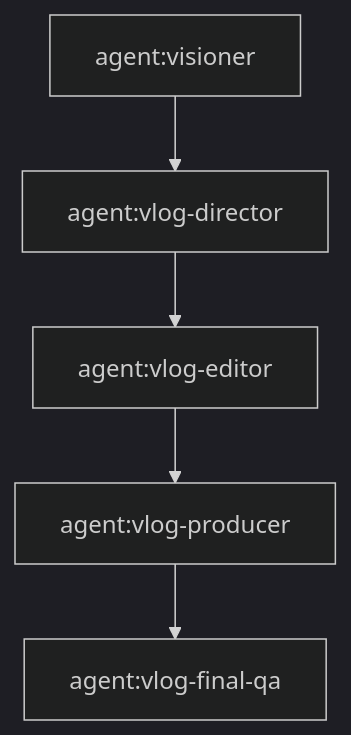
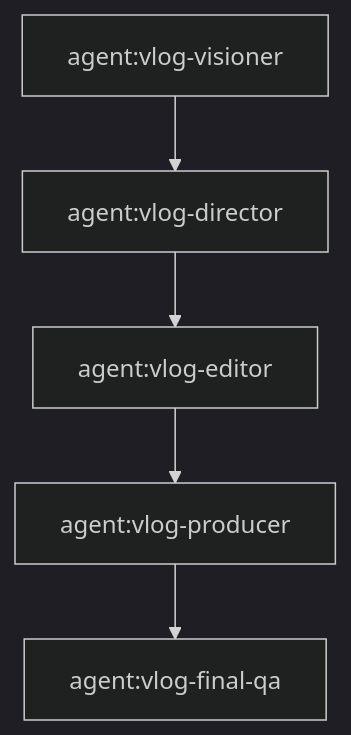
The diagram in vlog/graph.mmd (lalalic/neo), drawn with Mermaid (dark theme) before and after one commit. The commit also changed 20 other files, not shown here.

Commit message:
refactor(visioner): restore project-owned Vlog and Distribution roles

```diff
--- a/vlog/graph.mmd
+++ b/vlog/graph.mmd
@@ -1,5 +1,5 @@
 flowchart TD
-  visioner[agent:visioner] --> director[agent:vlog-director]
+  visioner[agent:vlog-visioner] --> director[agent:vlog-director]
   director --> editor[agent:vlog-editor]
   editor --> producer[agent:vlog-producer]
   producer --> final_qa[agent:vlog-final-qa]
```
